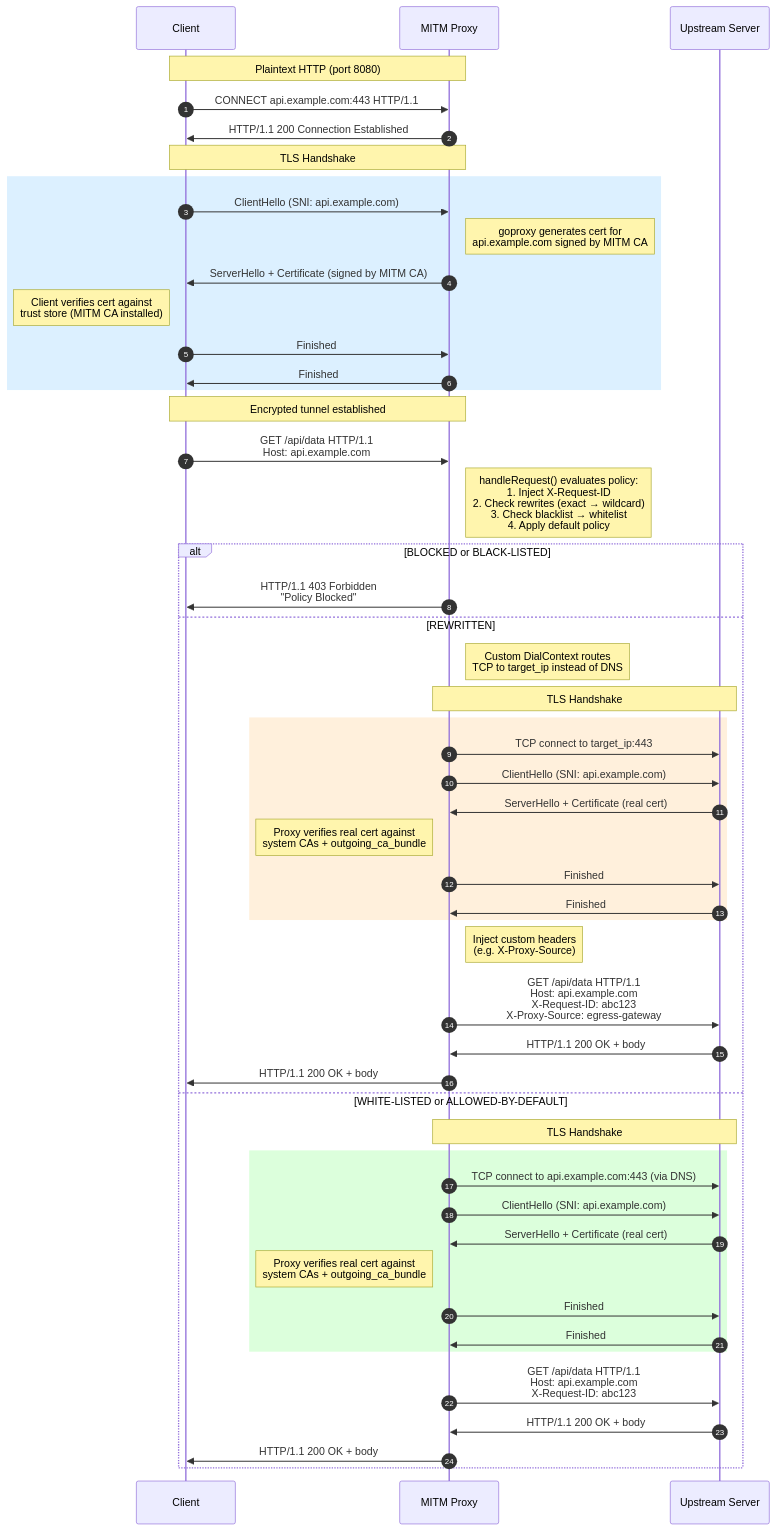
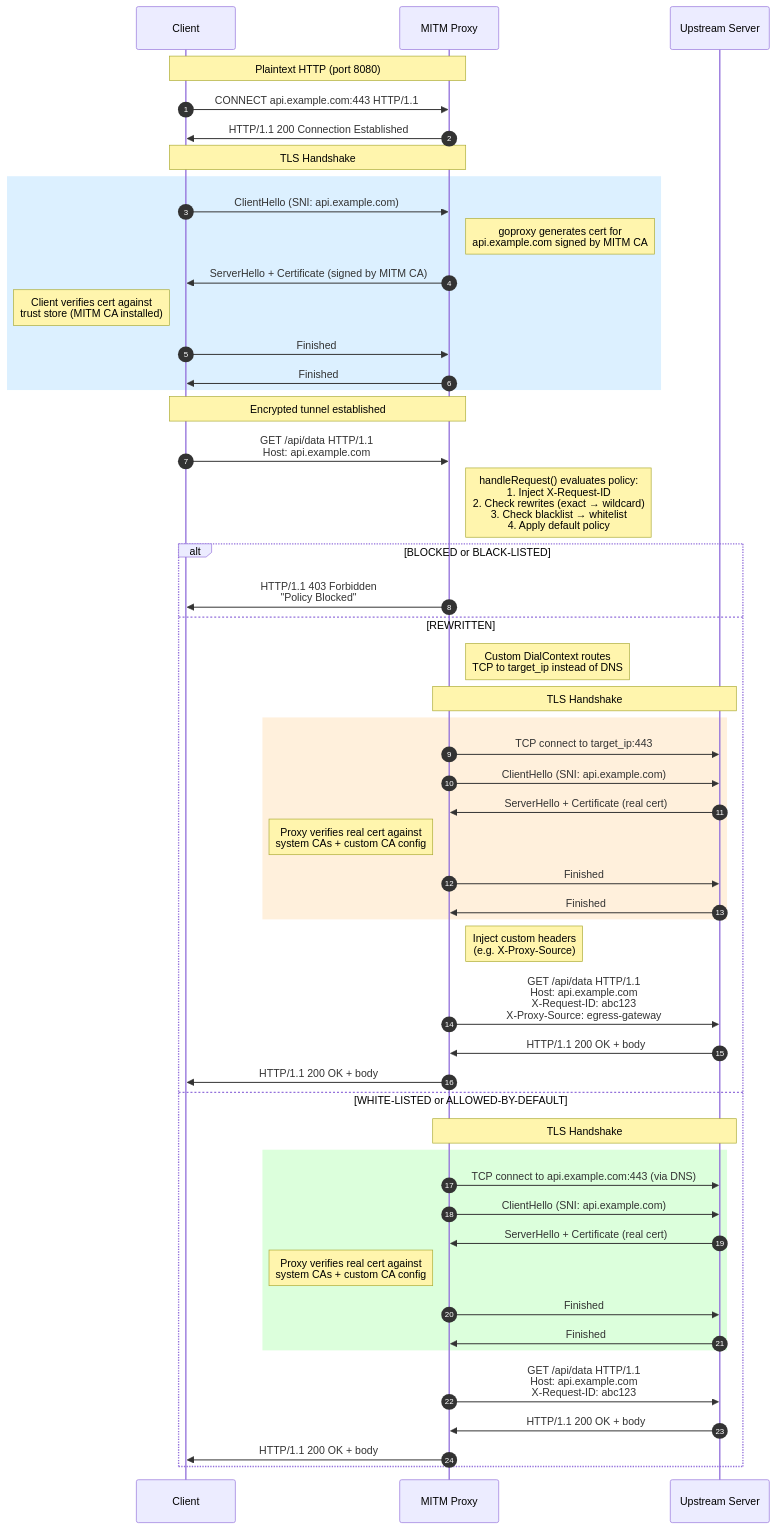
One commit to datarocks-ag/go-egress-mitm-proxy changed the second of 4 diagrams in doc/flow.md. Above: the diagram before and after it, drawn with Mermaid. The commit also changed other lines of this file and 2 other files, not shown here.

First line of the commit message:
Validate outgoing_ca paths, rebuild TLS pool on reload, add tests

````diff
--- a/doc/flow.md
+++ b/doc/flow.md
@@ -88,59 +94,59 @@
 ```mermaid
 sequenceDiagram
     autonumber
     participant C as Client
     participant P as MITM Proxy
     participant U as Upstream Server
 
     note over C,P: Plaintext HTTP (port 8080)
 
     C->>P: CONNECT api.example.com:443 HTTP/1.1
     P->>C: HTTP/1.1 200 Connection Established
 
     note over C,P: TLS Handshake #1 (Client ↔ Proxy)
     rect rgb(220, 240, 255)
         C->>P: ClientHello (SNI: api.example.com)
         note right of P: goproxy generates cert for<br/>api.example.com signed by MITM CA
         P->>C: ServerHello + Certificate (signed by MITM CA)
         note left of C: Client verifies cert against<br/>trust store (MITM CA installed)
         C->>P: Finished
         P->>C: Finished
     end
 
     note over C,P: Encrypted tunnel established
 
     C->>P: GET /api/data HTTP/1.1<br/>Host: api.example.com
     note right of P: handleRequest() evaluates policy:<br/>1. Inject X-Request-ID<br/>2. Check rewrites (exact → wildcard)<br/>3. Check blacklist → whitelist<br/>4. Apply default policy
 
     alt BLOCKED or BLACK-LISTED
         P->>C: HTTP/1.1 403 Forbidden<br/>"Policy Blocked"
     else REWRITTEN
         note right of P: Custom DialContext routes<br/>TCP to target_ip instead of DNS
         note over P,U: TLS Handshake #2 (Proxy ↔ Upstream)
         rect rgb(255, 240, 220)
             P->>U: TCP connect to target_ip:443
             P->>U: ClientHello (SNI: api.example.com)
             U->>P: ServerHello + Certificate (real cert)
-            note left of P: Proxy verifies real cert against<br/>system CAs + outgoing_ca_bundle
+            note left of P: Proxy verifies real cert against<br/>system CAs + custom CA config
             P->>U: Finished
             U->>P: Finished
         end
         note right of P: Inject custom headers<br/>(e.g. X-Proxy-Source)
         P->>U: GET /api/data HTTP/1.1<br/>Host: api.example.com<br/>X-Request-ID: abc123<br/>X-Proxy-Source: egress-gateway
         U->>P: HTTP/1.1 200 OK + body
         P->>C: HTTP/1.1 200 OK + body
     else WHITE-LISTED or ALLOWED-BY-DEFAULT
         note over P,U: TLS Handshake #2 (Proxy ↔ Upstream)
         rect rgb(220, 255, 220)
             P->>U: TCP connect to api.example.com:443 (via DNS)
             P->>U: ClientHello (SNI: api.example.com)
             U->>P: ServerHello + Certificate (real cert)
-            note left of P: Proxy verifies real cert against<br/>system CAs + outgoing_ca_bundle
+            note left of P: Proxy verifies real cert against<br/>system CAs + custom CA config
             P->>U: Finished
             U->>P: Finished
         end
         P->>U: GET /api/data HTTP/1.1<br/>Host: api.example.com<br/>X-Request-ID: abc123
         U->>P: HTTP/1.1 200 OK + body
         P->>C: HTTP/1.1 200 OK + body
     end
 ```
````
